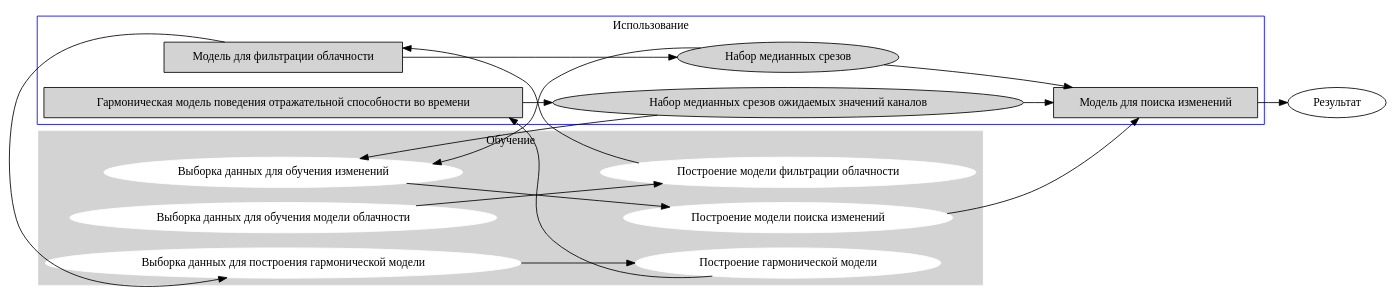
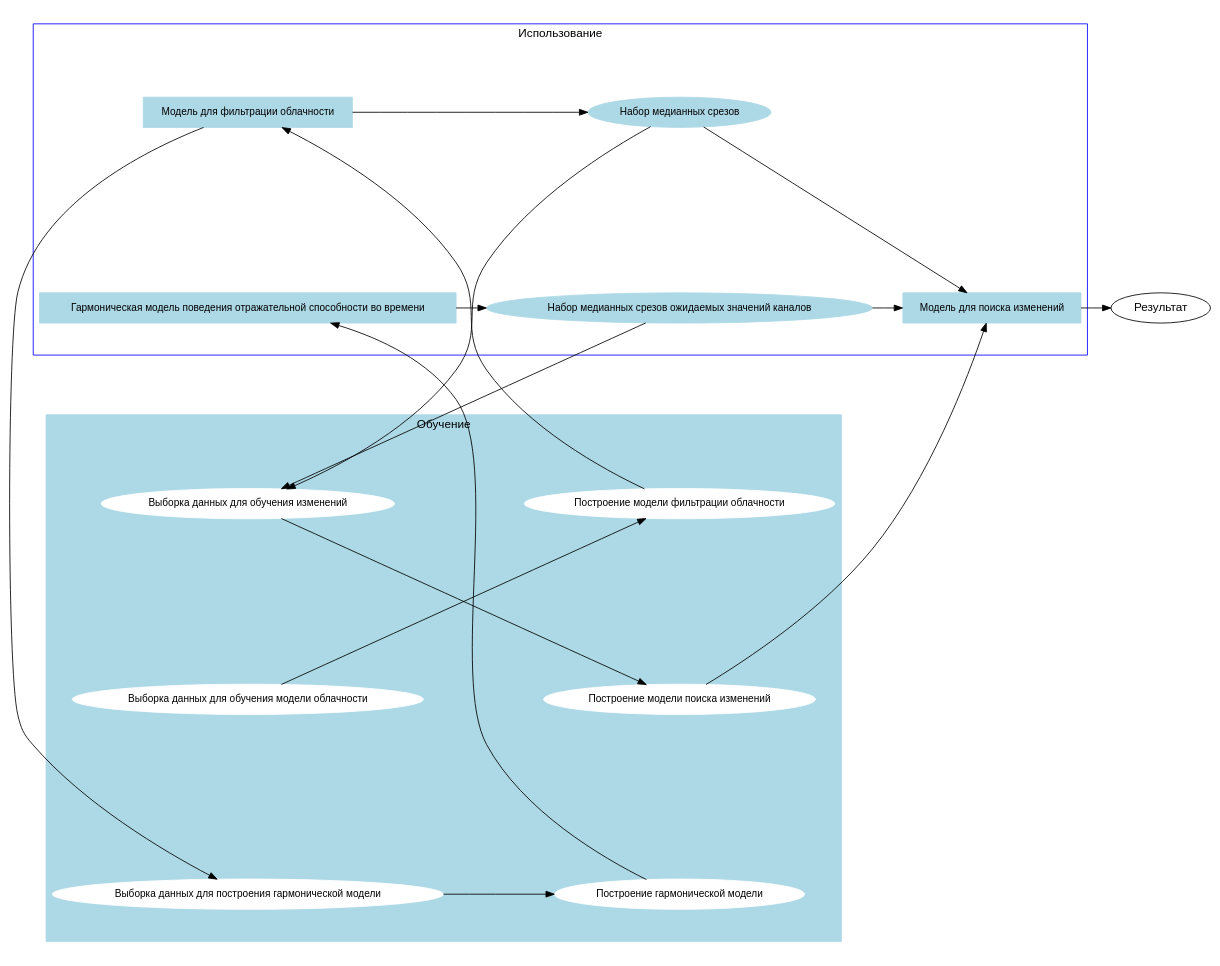
Before and after one commit to KolesovDmitry/logging: the diagram in utils/mainWorkflow.dot, drawn with Graphviz. The commit also changed 1 other file, not shown here.

```diff
--- a/utils/mainWorkflow.dot
+++ b/utils/mainWorkflow.dot
@@ -1,49 +1,51 @@
 digraph G {
-    graph [compound=true rankdir="LR"];
+    graph [compound=true rankdir="LR" fontname = "helvetica" nodesep="1.0" ratio=0.8];
+    node [fontname = "helvetica"];
+    edge [fontname = "helvetica"];
 	subgraph cluster_0 {
-        node [style=filled,color=white];
+        node [style=filled,color=white fontsize=12];
         "Выборка данных для обучения модели облачности" -> "Построение модели фильтрации облачности" 
         "Выборка данных для построения гармонической модели" -> "Построение гармонической модели" 
         "Выборка данных для обучения изменений" -> "Построение модели поиска изменений"
         style=filled;
-        color=lightgrey;
+        color=lightblue;
         label = "Обучение";
 	}
 
 	subgraph cluster_1 {
-        node [style=filled];
+        node [style=filled,color=lightblue,fontsize=12];
         color=blue;
         "Модель для фильтрации облачности" -> "Набор медианных срезов" 
         "Гармоническая модель поведения отражательной способности во времени" 
         "Набор медианных срезов ожидаемых значений каналов" 
         "Набор медианных срезов" -> "Модель для поиска изменений" 
         "Набор медианных срезов ожидаемых значений каналов" -> "Модель для поиска изменений" 
        label = "Использование";
 
 	}
 
     "Модель для фильтрации облачности" [shape=box];
     "Модель для поиска изменений" [shape=box];
     "Гармоническая модель поведения отражательной способности во времени" [shape=box];
 
     // "Выборка данных для обучения модели облачности" -> 
     "Построение модели фильтрации облачности" -> "Модель для фильтрации облачности";
     "Модель для фильтрации облачности" -> "Выборка данных для построения гармонической модели";
     // "Выборка данных для построения гармонической модели" 
 
     "Построение гармонической модели" -> "Гармоническая модель поведения отражательной способности во времени" ;
 
     "Гармоническая модель поведения отражательной способности во времени" -> "Набор медианных срезов ожидаемых значений каналов";
 
 
     "Набор медианных срезов" -> "Выборка данных для обучения изменений";
     "Набор медианных срезов ожидаемых значений каналов" -> "Выборка данных для обучения изменений";
 
     "Построение модели поиска изменений" -> "Модель для поиска изменений" ;
 
     "Модель для поиска изменений" -> Результат;
     
 
 
 
 }
```
